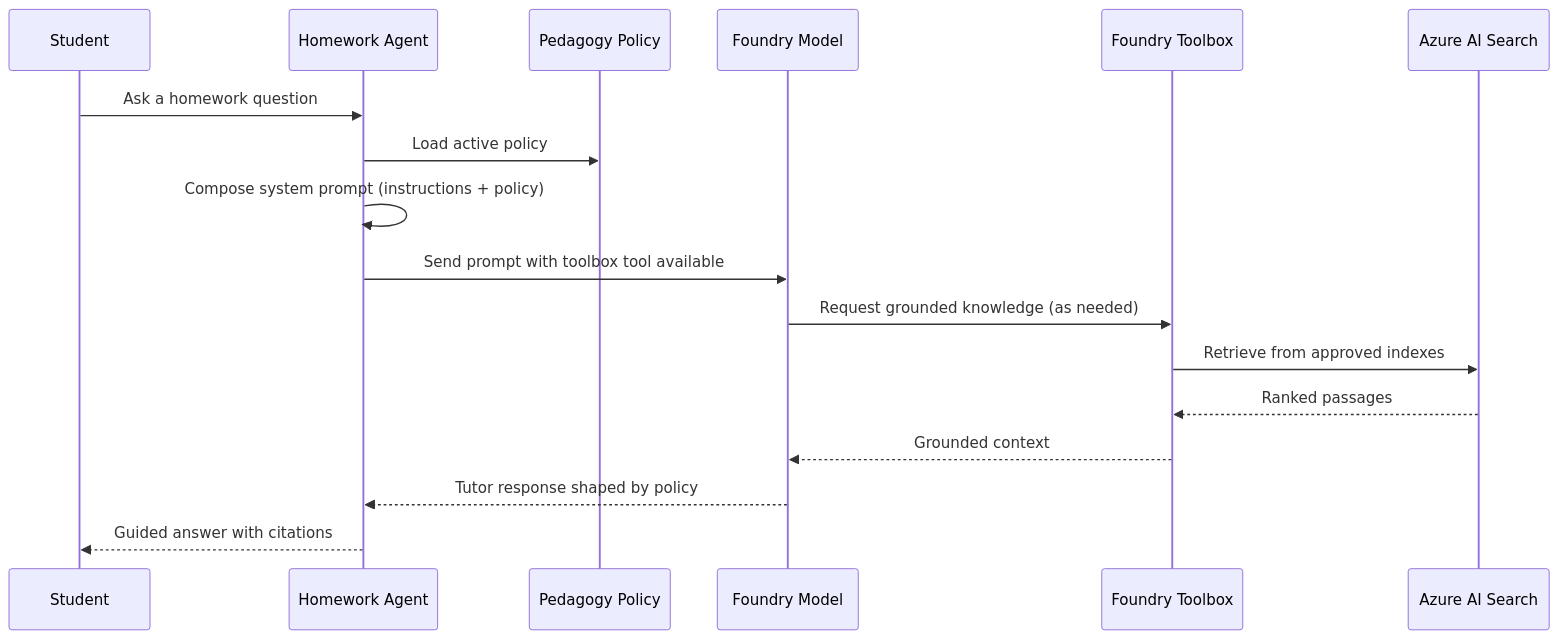
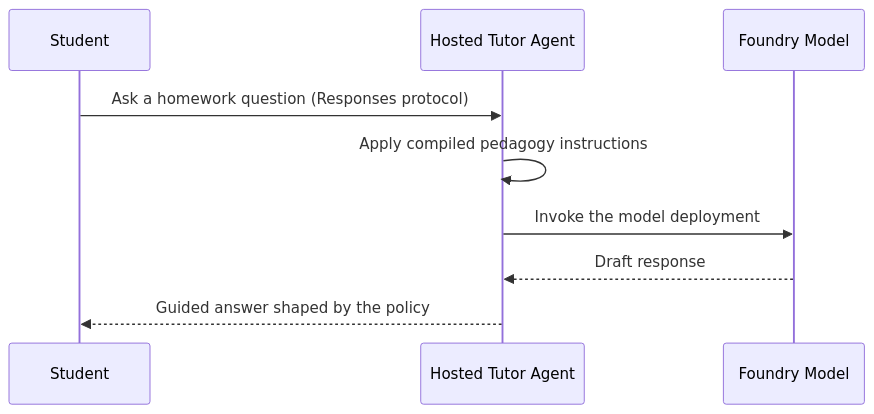
The third of 3 diagrams in docs/architecture.md (dbruun/edu-cohort-homework), drawn with Mermaid before and after one commit. The commit also changed other lines of this file and 4 other files, not shown here.

Commit message:
Revise architecture, configuration, usage, and troubleshooting documentation for clarity and accuracy; update pedagogy policy details and deployment instructions.

````diff
--- a/docs/architecture.md
+++ b/docs/architecture.md
@@ -37,20 +44,12 @@
 ```mermaid
 sequenceDiagram
   participant S as Student
-  participant A as Homework Agent
-  participant P as Pedagogy Policy
+  participant A as Hosted Tutor Agent
   participant M as Foundry Model
-  participant T as Foundry Toolbox
-  participant X as Azure AI Search
 
-  S->>A: Ask a homework question
-  A->>P: Load active policy
-  A->>A: Compose system prompt (instructions + policy)
-  A->>M: Send prompt with toolbox tool available
-  M->>T: Request grounded knowledge (as needed)
-  T->>X: Retrieve from approved indexes
-  X-->>T: Ranked passages
-  T-->>M: Grounded context
-  M-->>A: Tutor response shaped by policy
-  A-->>S: Guided answer with citations
+  S->>A: Ask a homework question (Responses protocol)
+  A->>A: Apply compiled pedagogy instructions
+  A->>M: Invoke the model deployment
+  M-->>A: Draft response
+  A-->>S: Guided answer shaped by the policy
 ```
````
